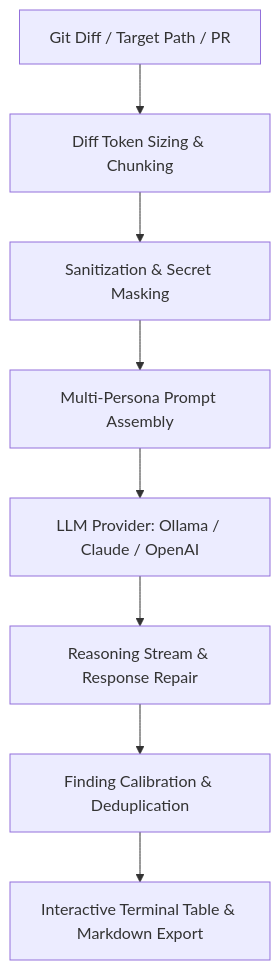
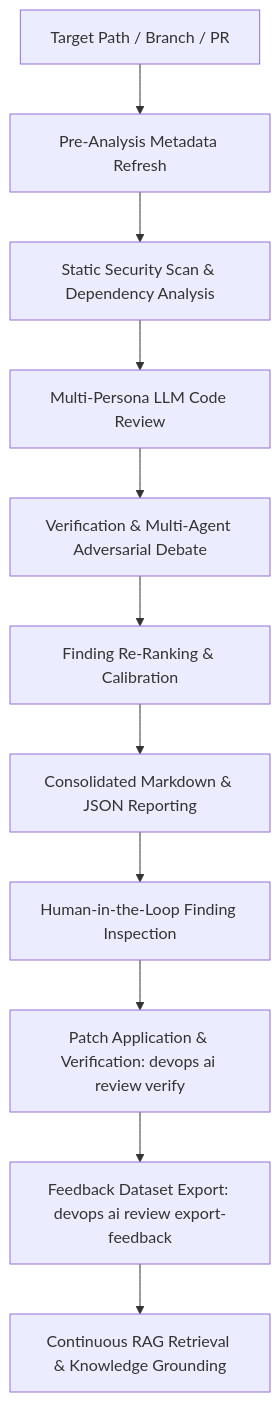
Before and after one commit to dan-petty/devops-cli: the diagram in src/devops_cli/ai/knowledge_base/devops_cli/tasks/ai_code_review.md, drawn with Mermaid. The commit also changed other lines of this file and 310 other files, not shown here.

````diff
--- a/src/devops_cli/ai/knowledge_base/devops_cli/tasks/ai_code_review.md
+++ b/src/devops_cli/ai/knowledge_base/devops_cli/tasks/ai_code_review.md
@@ -11,10 +11,13 @@
 ```mermaid
 graph TD
-    A[Git Diff / Target Path / PR] --> B[Diff Token Sizing & Chunking]
-    B --> C[Sanitization & Secret Masking]
-    C --> D[Multi-Persona Prompt Assembly]
-    D --> E[LLM Provider: Ollama / Claude / OpenAI]
-    E --> F[Reasoning Stream & Response Repair]
-    F --> G[Finding Calibration & Deduplication]
-    G --> H[Interactive Terminal Table & Markdown Export]
+    A[Target Path / Branch / PR] --> S1[Pre-Analysis Metadata Refresh]
+    S1 --> S2[Static Security Scan & Dependency Analysis]
+    S2 --> S3[Multi-Persona LLM Code Review]
+    S3 --> S4[Verification & Multi-Agent Adversarial Debate]
+    S4 --> S5[Finding Re-Ranking & Calibration]
+    S5 --> S6[Consolidated Markdown & JSON Reporting]
+    S6 --> F1[Human-in-the-Loop Finding Inspection]
+    F1 --> F2[Patch Application & Verification: devops ai review verify]
+    F2 --> F3[Feedback Dataset Export: devops ai review export-feedback]
+    F3 --> F4[Continuous RAG Retrieval & Knowledge Grounding]
 ```
````
